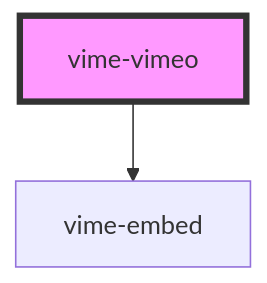
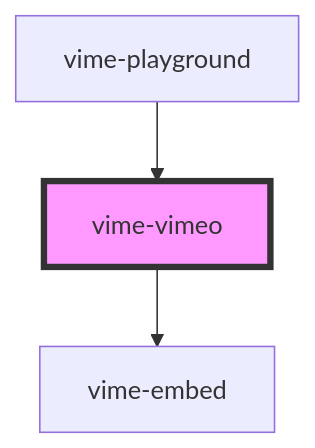
The diagram in docs/docs/components/providers/vimeo.md (vime-js/vime), drawn with Mermaid before and after one commit. The commit also changed other lines of this file and 37 other files, not shown here.

Commit message:
feat: new `vime-playground` component for testing and playing with vime

````diff
--- a/docs/docs/components/providers/vimeo.md
+++ b/docs/docs/components/providers/vimeo.md
@@ -156,5 +160,6 @@
 ```mermaid
 graph TD;
   vime-vimeo --> vime-embed
+  vime-playground --> vime-vimeo
   style vime-vimeo fill:#f9f,stroke:#333,stroke-width:4px
 ```
````
